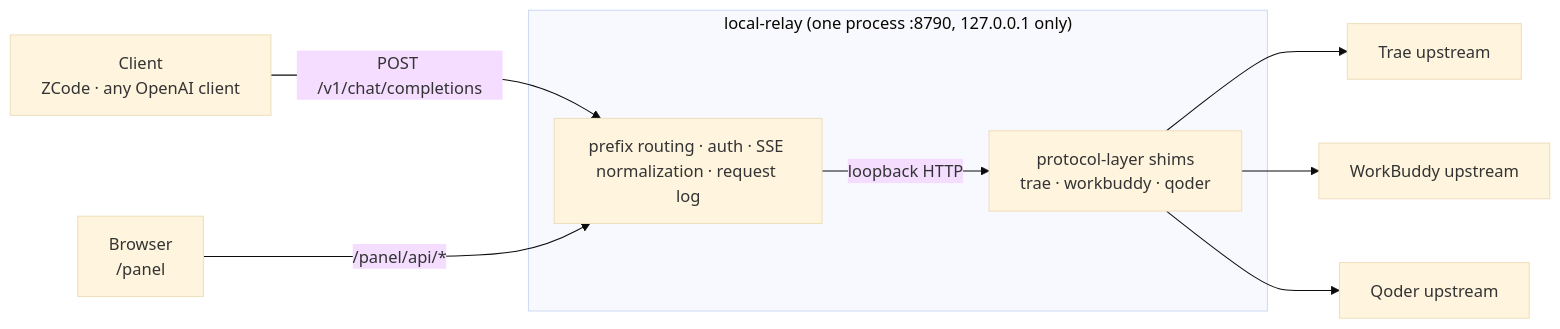
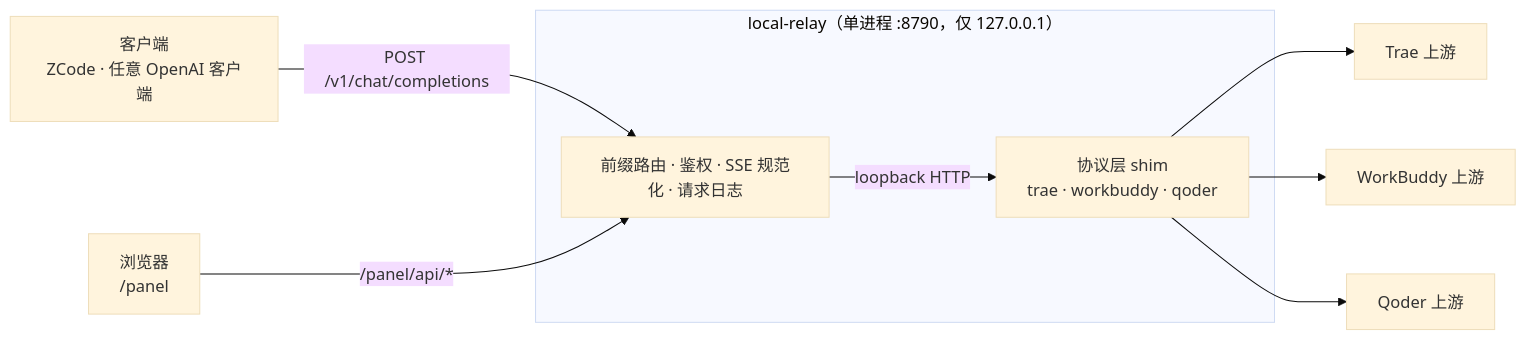
Before and after one commit to JAYTDD/local-relay: the diagram in README.md, drawn with Mermaid (base theme). The commit also changed other lines of this file and 2 other files, not shown here.

````diff
--- a/README.md
+++ b/README.md
@@ -51,12 +51,12 @@
 ```mermaid
 flowchart LR
-  Z["Client<br/>ZCode · any OpenAI client"] -->|"POST /v1/chat/completions"| GW
-  B["Browser<br/>/panel"] -->|"/panel/api/*"| GW
-  subgraph P["local-relay (one process :8790, 127.0.0.1 only)"]
-    GW["prefix routing · auth · SSE normalization · request log"]
-    GW -->|"loopback HTTP"| SHIM["protocol-layer shims<br/>trae · workbuddy · qoder"]
+  Z["客户端<br/>ZCode · 任意 OpenAI 客户端"] -->|"POST /v1/chat/completions"| GW
+  B["浏览器<br/>/panel"] -->|"/panel/api/*"| GW
+  subgraph P["local-relay（单进程 :8790，仅 127.0.0.1）"]
+    GW["前缀路由 · 鉴权 · SSE 规范化 · 请求日志"]
+    GW -->|"loopback HTTP"| SHIM["协议层 shim<br/>trae · workbuddy · qoder"]
   end
-  SHIM --> U1["Trae upstream"]
-  SHIM --> U2["WorkBuddy upstream"]
-  SHIM --> U3["Qoder upstream"]
+  SHIM --> U1["Trae 上游"]
+  SHIM --> U2["WorkBuddy 上游"]
+  SHIM --> U3["Qoder 上游"]
 ```
````
